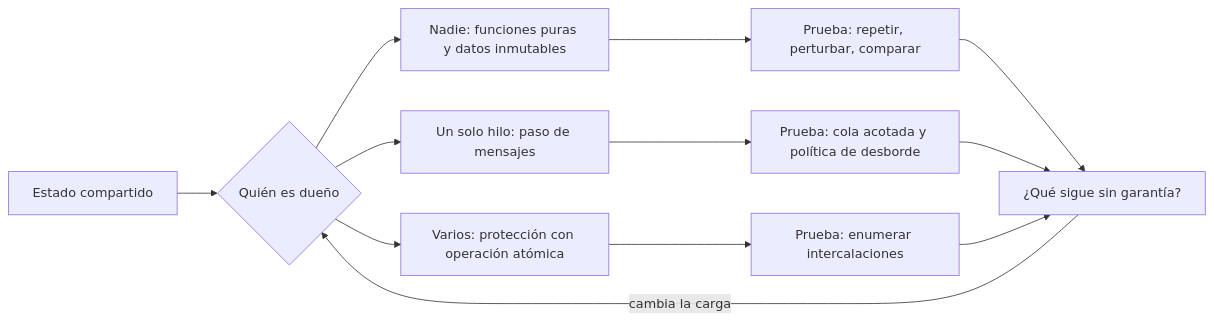
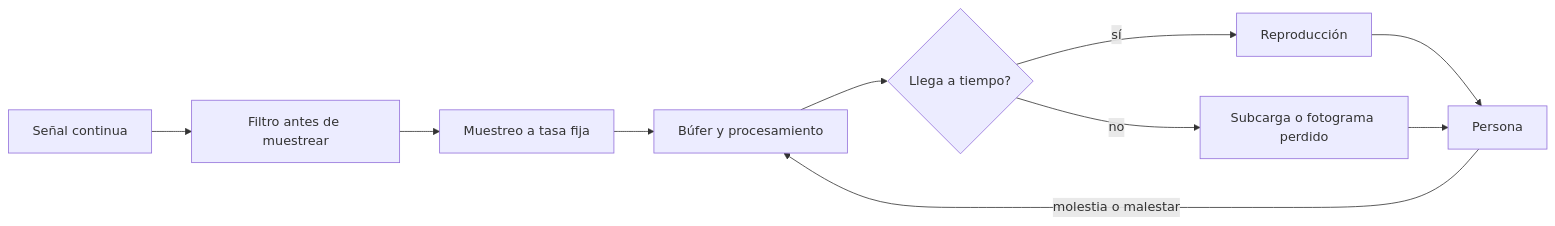
One commit to vladimiracunadev-create/modern-software-engineering-program changed the diagram in content/part-24/SE-293.md. Above: the diagram before and after it, drawn with Mermaid. The commit also changed other lines of this file and 5193 other files, not shown here.

````diff
--- a/content/part-24/SE-293.md
+++ b/content/part-24/SE-293.md
@@ -53,14 +53,12 @@
 ```mermaid
 flowchart LR
-    A[Estado compartido] --> B{Quién es dueño}
-    B --> C[Nadie: funciones puras y datos inmutables]
-    B --> D[Un solo hilo: paso de mensajes]
-    B --> E[Varios: protección con operación atómica]
-    C --> F[Prueba: repetir, perturbar, comparar]
-    D --> G[Prueba: cola acotada y política de desborde]
-    E --> H[Prueba: enumerar intercalaciones]
-    F --> I[¿Qué sigue sin garantía?]
-    G --> I
-    H --> I
-    I -->|cambia la carga| B
+    A[Señal continua] --> B[Filtro antes de muestrear]
+    B --> C[Muestreo a tasa fija]
+    C --> D[Búfer y procesamiento]
+    D --> E{Llega a tiempo?}
+    E -->|sí| F[Reproducción]
+    E -->|no| G[Subcarga o fotograma perdido]
+    F --> H[Persona]
+    G --> H
+    H -->|molestia o malestar| D
 ```
````
